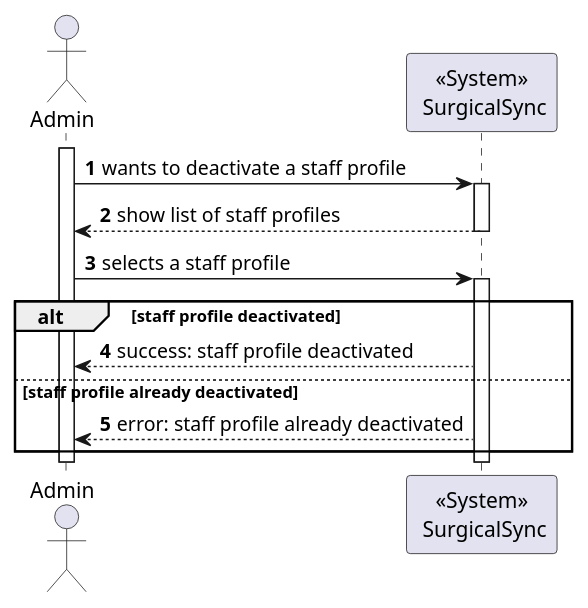
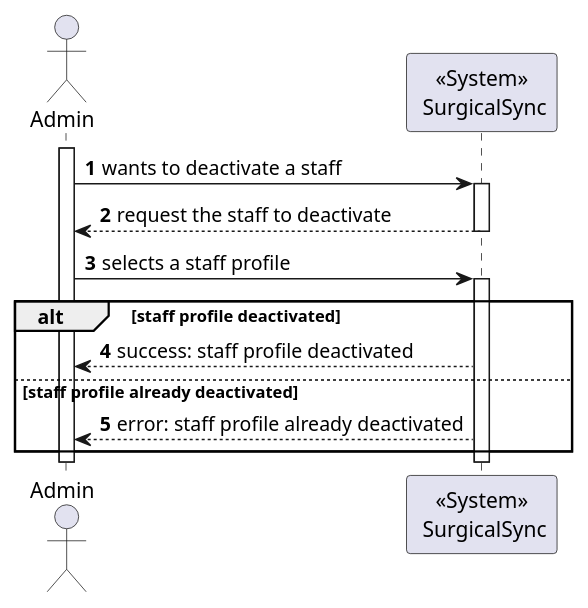
The diagram in Wiki/SprintA/diagrams/use-cases/20-deactivate-staff-profile/level1/process-view.puml (MiguelCardoso77/SurgicalSync-BackEnd), drawn with PlantUML before and after one commit. The commit also changed 8 other files, not shown here.

```diff
--- a/Wiki/SprintA/diagrams/use-cases/20-deactivate-staff-profile/level1/process-view.puml
+++ b/Wiki/SprintA/diagrams/use-cases/20-deactivate-staff-profile/level1/process-view.puml
@@ -1,26 +1,26 @@
 @startuml
 autonumber
 
 actor "Admin" as USER
 participant "<<System>>\n SurgicalSync" as SYSTEM
 
 activate USER
 
-    USER -> SYSTEM: wants to deactivate a staff profile
+    USER -> SYSTEM: wants to deactivate a staff 
     activate SYSTEM
 
-        SYSTEM --> USER : show list of staff profiles
+        SYSTEM --> USER : request the staff to deactivate
     deactivate SYSTEM
         
     USER -> SYSTEM : selects a staff profile
     
     activate SYSTEM
         alt staff profile deactivated
             USER <-- SYSTEM : success: staff profile deactivated
         else staff profile already deactivated
             USER <-- SYSTEM : error: staff profile already deactivated
         end
     deactivate SYSTEM
     
 deactivate USER
 @enduml
```
